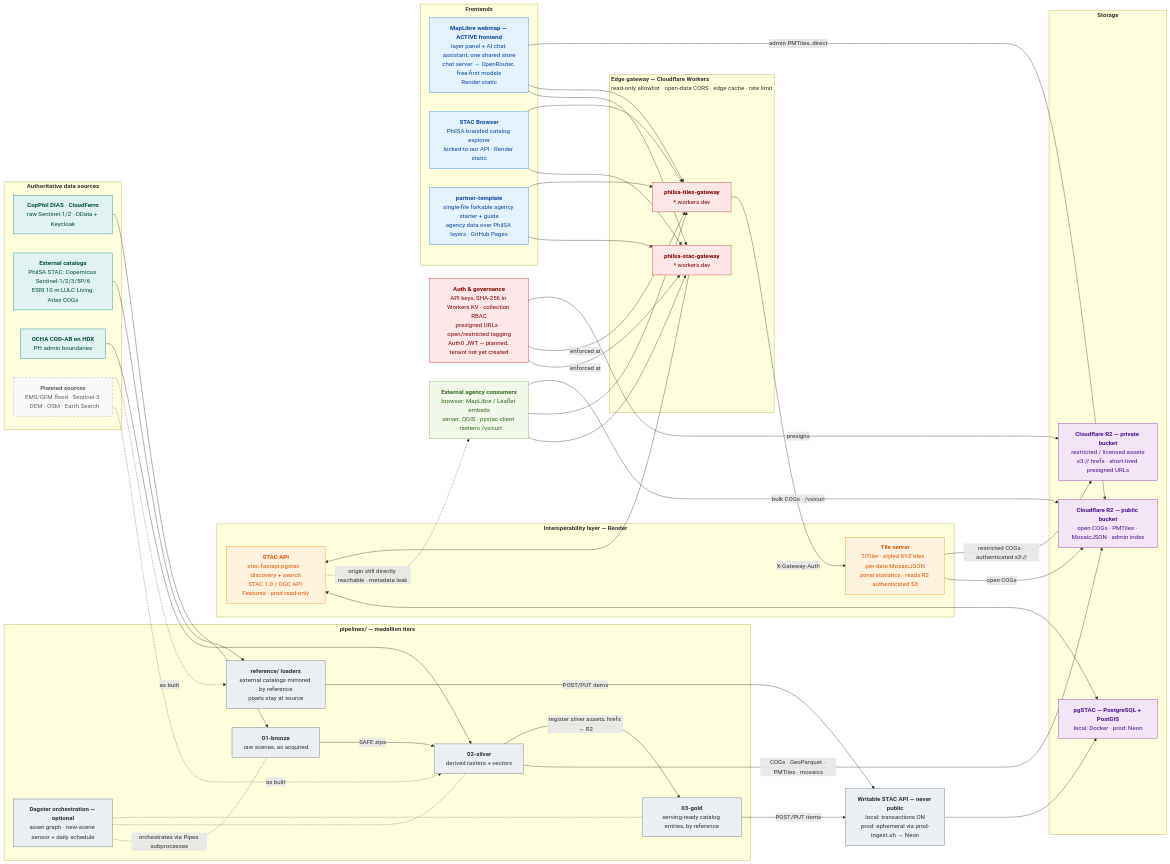
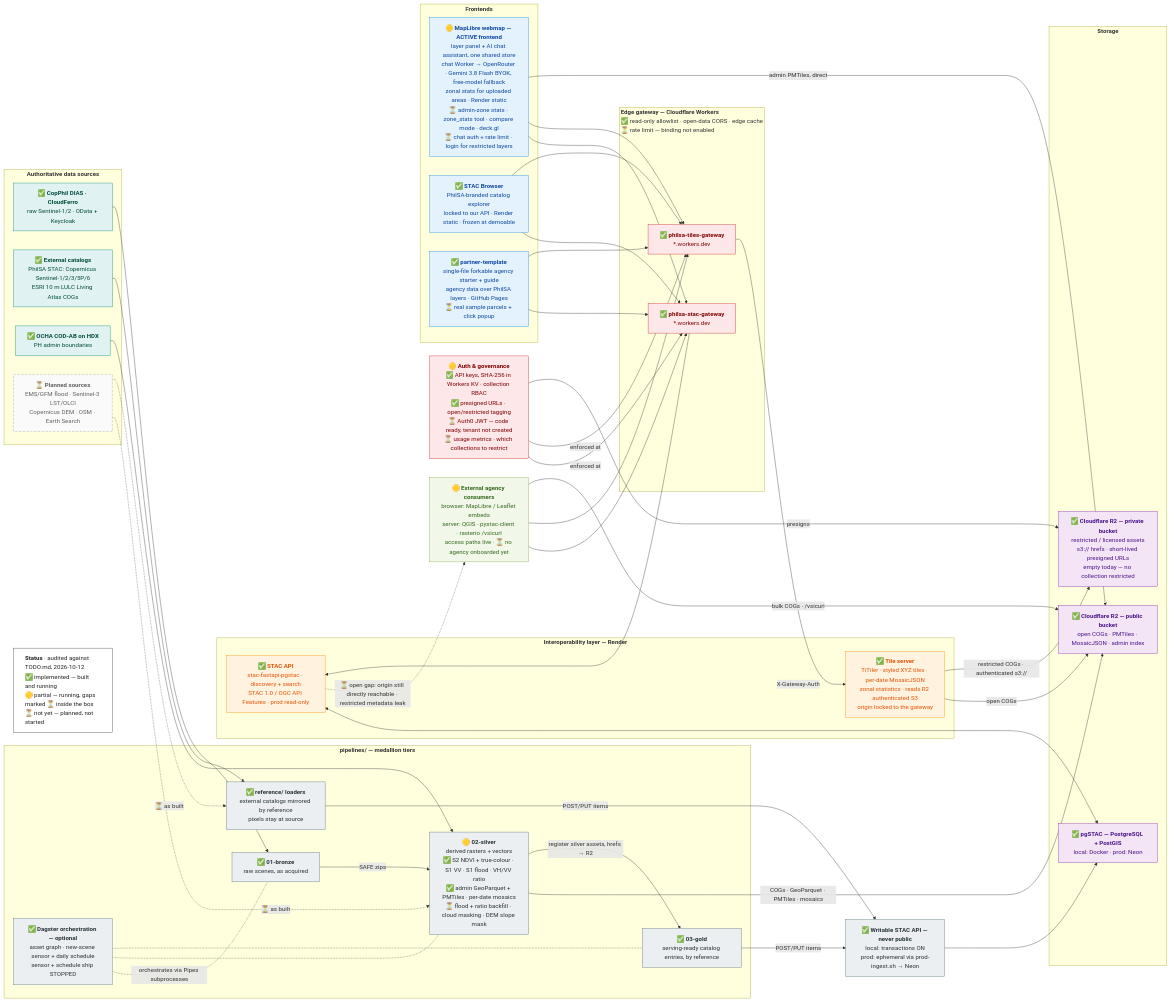
One commit to janzkyle/wb-philsa-geo-poc changed the diagram in poc-architecture.mmd. Above: the diagram before and after it, drawn with Mermaid. The commit also changed 1 other file, not shown here.

Commit message:
Badge the architecture diagram with implementation status
Mark every box in poc-architecture.mmd as implemented, partial, or not
yet, audited against TODO.md, with the gaps listed inside partial boxes
and a legend. Flag the STAC API origin bypass edge as an open gap, and
update the webmap's chat line to Gemini 3.8 Flash via OpenRouter BYOK.
Point readers at the badges from the README.

Claude-Session: https://claude.ai/code/session_01J9k8XztmweDmLjKt2ji5dH

```diff
--- a/poc-architecture.mmd
+++ b/poc-architecture.mmd
@@ -1,101 +1,105 @@
 flowchart LR
+    LEGEND["<b>Status</b> · audited against TODO.md, 2026-10-12<br/>✅ implemented — built and running<br/>🟡 partial — running, gaps marked ⏳ inside the box<br/>⏳ not yet — planned, not started"]
+
     subgraph SRC["<b>Authoritative data sources</b>"]
-        COP["<b>CopPhil DIAS · CloudFerro</b><br/>raw Sentinel-1/2 · OData + Keycloak"]
-        CAT["<b>External catalogs</b><br/>PhilSA STAC: Copernicus Sentinel-1/2/3/5P/6<br/>ESRI 10 m LULC Living Atlas COGs"]
-        HDX["<b>OCHA COD-AB on HDX</b><br/>PH admin boundaries"]
-        FUT["<b>Planned sources</b><br/>EMS/GFM flood · Sentinel-3 · DEM · OSM · Earth Search"]
+        COP["✅ <b>CopPhil DIAS · CloudFerro</b><br/>raw Sentinel-1/2 · OData + Keycloak"]
+        CAT["✅ <b>External catalogs</b><br/>PhilSA STAC: Copernicus Sentinel-1/2/3/5P/6<br/>ESRI 10 m LULC Living Atlas COGs"]
+        HDX["✅ <b>OCHA COD-AB on HDX</b><br/>PH admin boundaries"]
+        FUT["⏳ <b>Planned sources</b><br/>EMS/GFM flood · Sentinel-3 LST/OLCI<br/>Copernicus DEM · OSM · Earth Search"]
     end
 
     subgraph PIPE["<b>pipelines/ — medallion tiers</b>"]
-        BRZ["<b>01-bronze</b><br/>raw scenes, as acquired"]
-        SLV["<b>02-silver</b><br/>derived rasters + vectors"]
-        GLD["<b>03-gold</b><br/>serving-ready catalog entries, by reference"]
-        REFL["<b>reference/ loaders</b><br/>external catalogs mirrored by reference<br/>pixels stay at source"]
-        DAG["<b>Dagster orchestration — optional</b><br/>asset graph · new-scene sensor + daily schedule"]
+        BRZ["✅ <b>01-bronze</b><br/>raw scenes, as acquired"]
+        SLV["🟡 <b>02-silver</b><br/>derived rasters + vectors<br/>✅ S2 NDVI + true-colour · S1 VV · S1 flood · VH/VV ratio<br/>✅ admin GeoParquet + PMTiles · per-date mosaics<br/>⏳ flood + ratio backfill · cloud masking · DEM slope mask"]
+        GLD["✅ <b>03-gold</b><br/>serving-ready catalog entries, by reference"]
+        REFL["✅ <b>reference/ loaders</b><br/>external catalogs mirrored by reference<br/>pixels stay at source"]
+        DAG["✅ <b>Dagster orchestration — optional</b><br/>asset graph · new-scene sensor + daily schedule<br/>sensor + schedule ship STOPPED"]
     end
 
     subgraph STORE["<b>Storage</b>"]
-        R2PUB["<b>Cloudflare R2 — public bucket</b><br/>open COGs · PMTiles · MosaicJSON · admin index"]
-        R2PRIV["<b>Cloudflare R2 — private bucket</b><br/>restricted / licensed assets<br/>s3:// hrefs · short-lived presigned URLs"]
-        DB["<b>pgSTAC — PostgreSQL + PostGIS</b><br/>local: Docker · prod: Neon"]
+        R2PUB["✅ <b>Cloudflare R2 — public bucket</b><br/>open COGs · PMTiles · MosaicJSON · admin index"]
+        R2PRIV["✅ <b>Cloudflare R2 — private bucket</b><br/>restricted / licensed assets<br/>s3:// hrefs · short-lived presigned URLs<br/>empty today — no collection restricted"]
+        DB["✅ <b>pgSTAC — PostgreSQL + PostGIS</b><br/>local: Docker · prod: Neon"]
     end
 
-    APIW["<b>Writable STAC API — never public</b><br/>local: transactions ON<br/>prod: ephemeral via prod-ingest.sh → Neon"]
+    APIW["✅ <b>Writable STAC API — never public</b><br/>local: transactions ON<br/>prod: ephemeral via prod-ingest.sh → Neon"]
 
     subgraph SERVE["<b>Interoperability layer — Render</b>"]
-        API["<b>STAC API</b><br/>stac-fastapi-pgstac · discovery + search<br/>STAC 1.0 / OGC API Features · prod read-only"]
-        TIT["<b>Tile server</b><br/>TiTiler · styled XYZ tiles · per-date MosaicJSON<br/>zonal statistics · reads R2 authenticated S3"]
+        API["✅ <b>STAC API</b><br/>stac-fastapi-pgstac · discovery + search<br/>STAC 1.0 / OGC API Features · prod read-only"]
+        TIT["✅ <b>Tile server</b><br/>TiTiler · styled XYZ tiles · per-date MosaicJSON<br/>zonal statistics · reads R2 authenticated S3<br/>origin locked to the gateway"]
     end
 
-    subgraph GATE["<b>Edge gateway — Cloudflare Workers</b><br/>read-only allowlist · open-data CORS · edge cache · rate limit"]
-        GWS["<b>philsa-stac-gateway</b><br/>*.workers.dev"]
-        GWT["<b>philsa-tiles-gateway</b><br/>*.workers.dev"]
+    subgraph GATE["<b>Edge gateway — Cloudflare Workers</b><br/>✅ read-only allowlist · open-data CORS · edge cache<br/>⏳ rate limit — binding not enabled"]
+        GWS["✅ <b>philsa-stac-gateway</b><br/>*.workers.dev"]
+        GWT["✅ <b>philsa-tiles-gateway</b><br/>*.workers.dev"]
     end
 
     subgraph UIP["<b>Frontends</b>"]
-        WEB["<b>MapLibre webmap — ACTIVE frontend</b><br/>layer panel + AI chat assistant, one shared store<br/>chat server → OpenRouter, free-first models<br/>Render static"]
-        BROW["<b>STAC Browser</b><br/>PhilSA-branded catalog explorer<br/>locked to our API · Render static"]
-        TPL["<b>partner-template</b><br/>single-file forkable agency starter + guide<br/>agency data over PhilSA layers · GitHub Pages"]
+        WEB["🟡 <b>MapLibre webmap — ACTIVE frontend</b><br/>layer panel + AI chat assistant, one shared store<br/>chat Worker → OpenRouter · Gemini 3.8 Flash BYOK, free-model fallback<br/>zonal stats for uploaded areas · Render static<br/>⏳ admin-zone stats · zone_stats tool · compare mode · deck.gl<br/>⏳ chat auth + rate limit · login for restricted layers"]
+        BROW["✅ <b>STAC Browser</b><br/>PhilSA-branded catalog explorer<br/>locked to our API · Render static · frozen at demoable"]
+        TPL["✅ <b>partner-template</b><br/>single-file forkable agency starter + guide<br/>agency data over PhilSA layers · GitHub Pages<br/>⏳ real sample parcels + click popup"]
     end
 
-    EXT["<b>External agency consumers</b><br/>browser: MapLibre / Leaflet embeds<br/>server: QGIS · pystac-client · rasterio /vsicurl"]
+    EXT["🟡 <b>External agency consumers</b><br/>browser: MapLibre / Leaflet embeds<br/>server: QGIS · pystac-client · rasterio /vsicurl<br/>access paths live · ⏳ no agency onboarded yet"]
 
-    AUTH["<b>Auth &amp; governance</b><br/>API keys, SHA-256 in Workers KV · collection RBAC<br/>presigned URLs · open/restricted tagging<br/>Auth0 JWT — planned, tenant not yet created"]
+    AUTH["🟡 <b>Auth &amp; governance</b><br/>✅ API keys, SHA-256 in Workers KV · collection RBAC<br/>✅ presigned URLs · open/restricted tagging<br/>⏳ Auth0 JWT — code ready, tenant not created<br/>⏳ usage metrics · which collections to restrict"]
 
     COP --> BRZ
     HDX --> SLV
     BRZ -- "SAFE zips" --> SLV
     SLV -- "COGs · GeoParquet · PMTiles · mosaics" --> R2PUB
     SLV -- "register silver assets, hrefs → R2" --> GLD
     CAT --> REFL
-    FUT -. "as built" .-> SLV
-    FUT -. "as built" .-> REFL
+    FUT -. "⏳ as built" .-> SLV
+    FUT -. "⏳ as built" .-> REFL
     DAG -. "orchestrates via Pipes subprocesses" .- BRZ
     DAG -. " " .- SLV
     DAG -. " " .- GLD
 
     GLD -- "POST/PUT items" --> APIW
     REFL -- "POST/PUT items" --> APIW
     APIW --> DB
 
     API <--> DB
     TIT -- "open COGs" --> R2PUB
     TIT -- "restricted COGs · authenticated s3://" --> R2PRIV
 
     GWS --> API
-    API -. "origin still directly reachable · metadata leak" .-> EXT
+    API -. "⏳ open gap: origin still directly reachable · restricted metadata leak" .-> EXT
     GWT -- "X-Gateway-Auth" --> TIT
 
     WEB --> GWS
     WEB --> GWT
     WEB -- "admin PMTiles, direct" --> R2PUB
     BROW --> GWS
     BROW --> GWT
     TPL --> GWS
     TPL --> GWT
 
     EXT --> GWS
     EXT --> GWT
     EXT -- "bulk COGs · /vsicurl" --> R2PUB
 
     AUTH -- "enforced at" --> GWS
     AUTH -- "enforced at" --> GWT
     AUTH -- "presigns" --> R2PRIV
 
     classDef src fill:#e0f2f1,stroke:#00897b,color:#004d40;
     classDef etl fill:#eceff1,stroke:#546e7a,color:#263238;
     classDef store fill:#f3e5f5,stroke:#8e24aa,color:#4a148c;
     classDef serve fill:#fff3e0,stroke:#fb8c00,color:#e65100;
     classDef gate fill:#fde7e9,stroke:#c62828,color:#7f0000;
     classDef ui fill:#e3f2fd,stroke:#1e88e5,color:#0d47a1;
     classDef ext fill:#f1f8e9,stroke:#7cb342,color:#33691e;
     classDef planned fill:#fafafa,stroke:#9e9e9e,color:#616161,stroke-dasharray:6 4;
+    classDef legend fill:#ffffff,stroke:#424242,color:#212121,text-align:left;
 
     class COP,CAT,HDX src;
     class BRZ,SLV,GLD,REFL,DAG,APIW etl;
     class DB,R2PUB,R2PRIV store;
     class API,TIT serve;
     class GWS,GWT,AUTH gate;
     class WEB,BROW,TPL ui;
     class EXT ext;
     class FUT planned;
+    class LEGEND legend;
```
